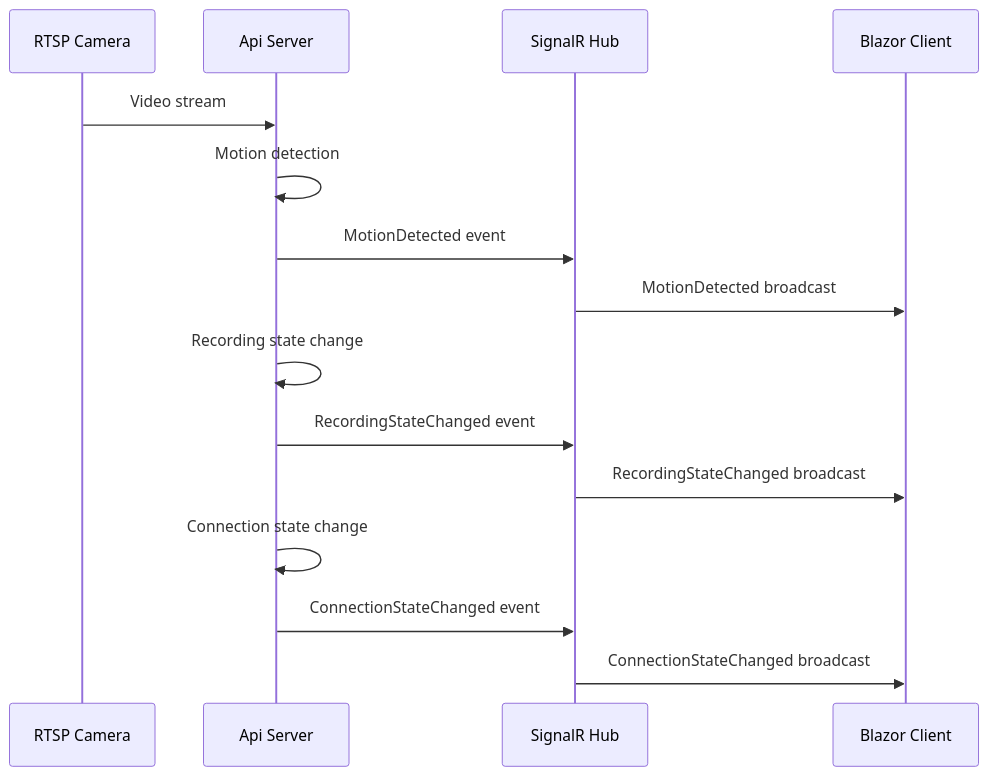
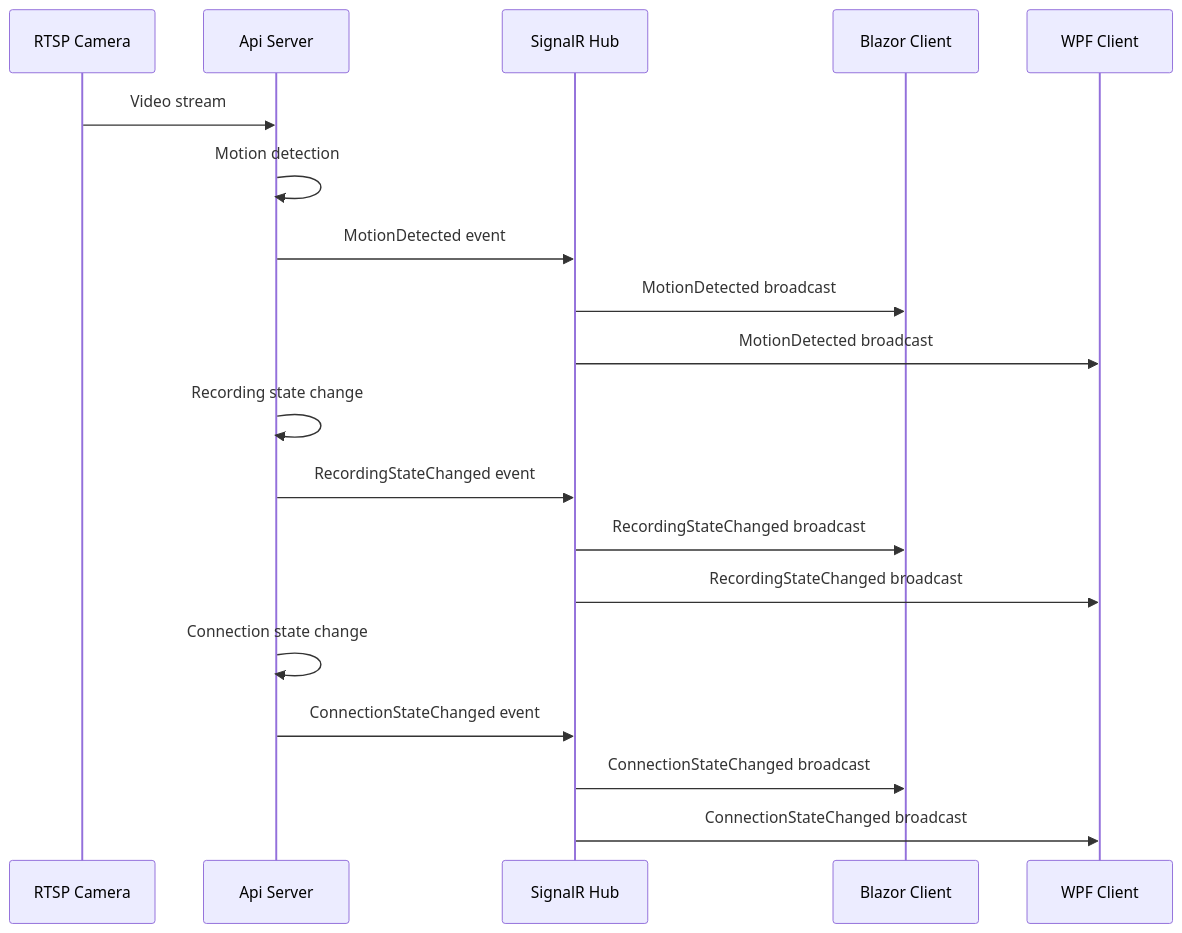
One commit to davidkallesen/Linksoft.VideoSurveillance changed the sixth of 8 diagrams in docs/architecture.md. Above: the diagram before and after it, drawn with Mermaid. The commit also changed other lines of this file and 76 other files, not shown here.

````diff
--- a/docs/architecture.md
+++ b/docs/architecture.md
@@ -162,20 +178,24 @@
 ```mermaid
 sequenceDiagram
     participant Camera as RTSP Camera
     participant API as Api Server
     participant Hub as SignalR Hub
     participant Blazor as Blazor Client
+    participant WPF as WPF Client
 
     Camera ->> API: Video stream
     API ->> API: Motion detection
     API ->> Hub: MotionDetected event
     Hub ->> Blazor: MotionDetected broadcast
+    Hub ->> WPF: MotionDetected broadcast
 
     API ->> API: Recording state change
     API ->> Hub: RecordingStateChanged event
     Hub ->> Blazor: RecordingStateChanged broadcast
+    Hub ->> WPF: RecordingStateChanged broadcast
 
     API ->> API: Connection state change
     API ->> Hub: ConnectionStateChanged event
     Hub ->> Blazor: ConnectionStateChanged broadcast
+    Hub ->> WPF: ConnectionStateChanged broadcast
 ```
````
